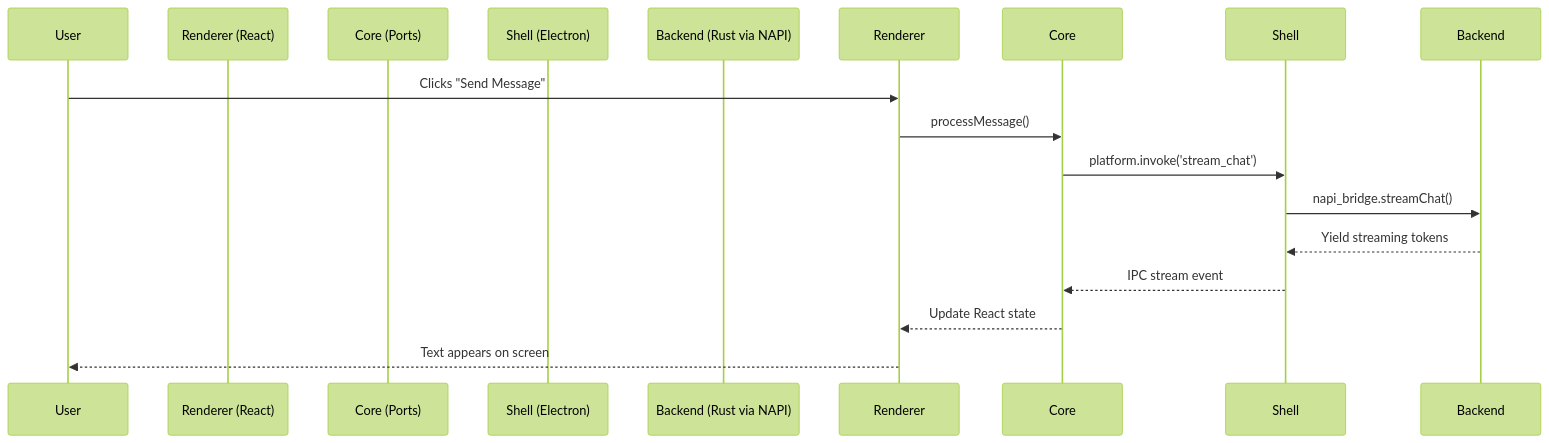
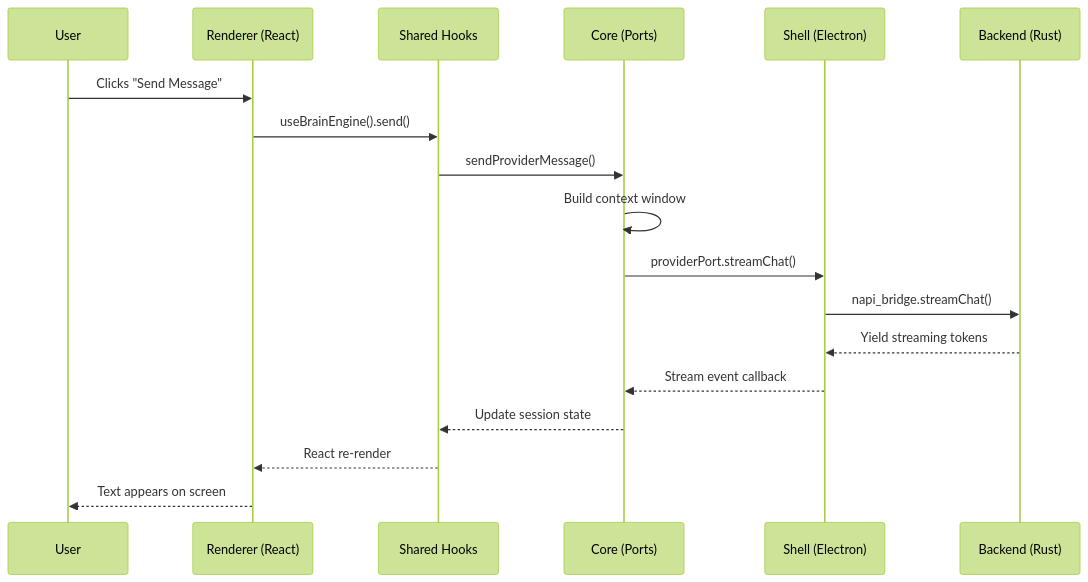
Before and after one commit to squigit-org/squigit: the fifth of 7 diagrams in docs/02-architecture/SQUIGIT.md, drawn with Mermaid (forest theme). The commit also changed other lines of this file, not shown here.

Commit message:
docs: overhaul architecture documentation with mermaid diagrams and updated repository structure

````diff
--- a/docs/02-architecture/SQUIGIT.md
+++ b/docs/02-architecture/SQUIGIT.md
@@ -92,17 +274,21 @@
 ```mermaid
 sequenceDiagram
     participant User
-    participant Renderer (React)
-    participant Core (Ports)
-    participant Shell (Electron)
-    participant Backend (Rust via NAPI)
+    participant Renderer as Renderer (React)
+    participant Hooks as Shared Hooks
+    participant Core as Core (Ports)
+    participant Shell as Shell (Electron)
+    participant Backend as Backend (Rust)
 
     User->>Renderer: Clicks "Send Message"
-    Renderer->>Core: processMessage()
-    Core->>Shell: platform.invoke('stream_chat')
+    Renderer->>Hooks: useBrainEngine().send()
+    Hooks->>Core: sendProviderMessage()
+    Core->>Core: Build context window
+    Core->>Shell: providerPort.streamChat()
     Shell->>Backend: napi_bridge.streamChat()
     Backend-->>Shell: Yield streaming tokens
-    Shell-->>Core: IPC stream event
-    Core-->>Renderer: Update React state
+    Shell-->>Core: Stream event callback
+    Core-->>Hooks: Update session state
+    Hooks-->>Renderer: React re-render
     Renderer-->>User: Text appears on screen
 ```
````
